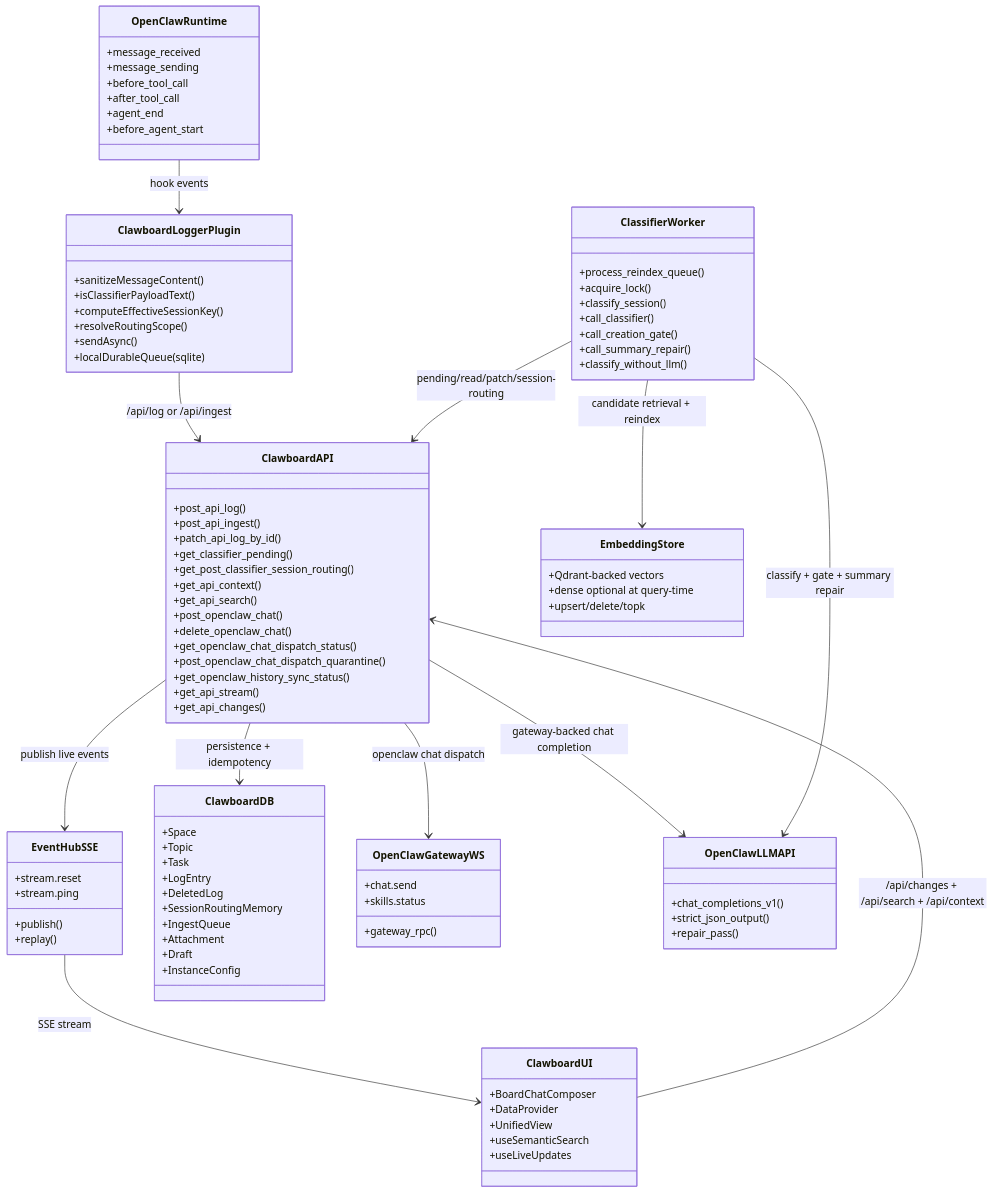
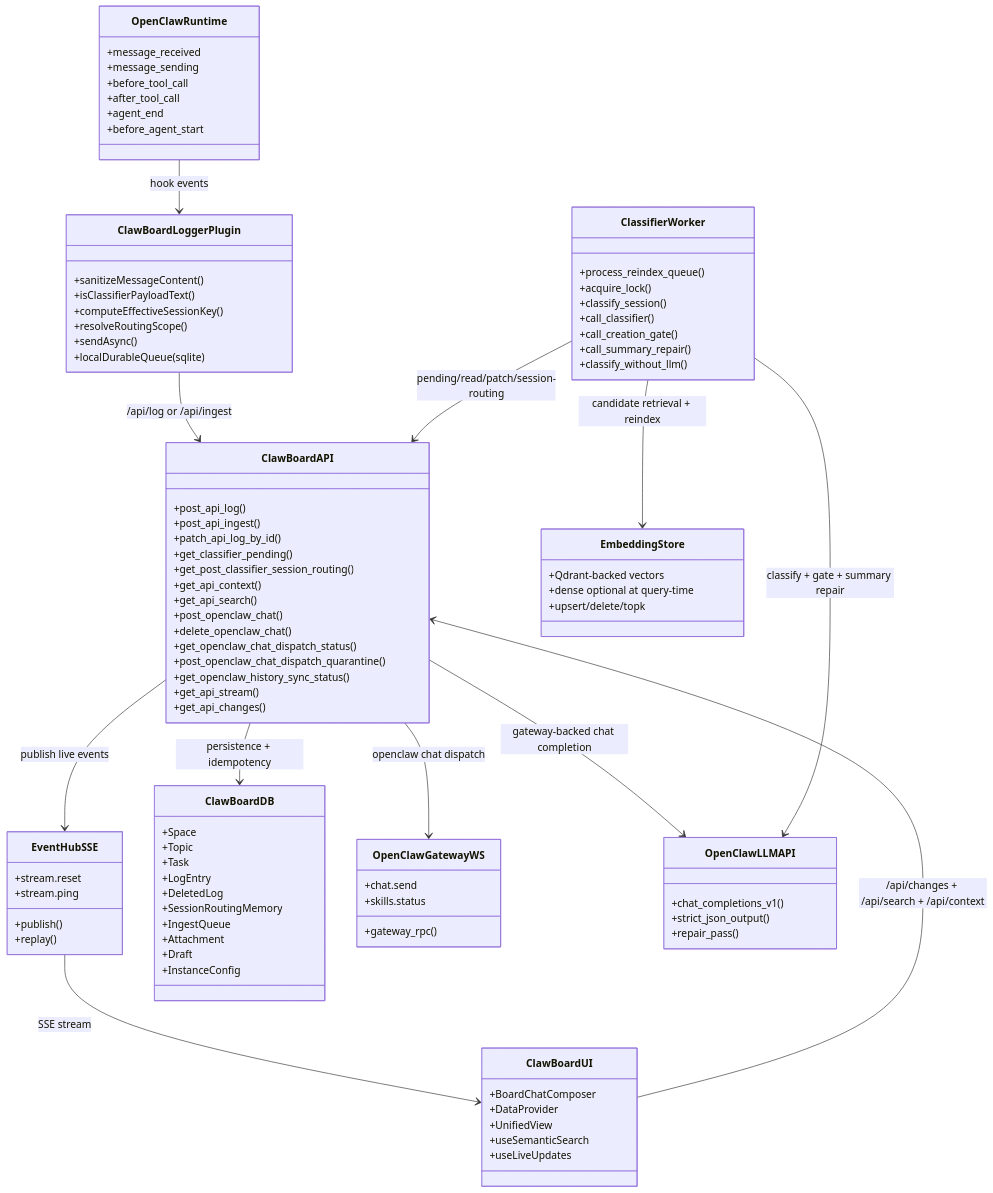
The first of 6 diagrams in OPENCLAW_CLAWBOARD_UML.md (sirouk/clawboard), drawn with Mermaid before and after one commit. The commit also changed other lines of this file and 121 other files, not shown here.

````diff
--- a/OPENCLAW_CLAWBOARD_UML.md
+++ b/OPENCLAW_CLAWBOARD_UML.md
@@ -15,7 +15,7 @@
       +before_agent_start
     }
 
-    class ClawboardLoggerPlugin {
+    class ClawBoardLoggerPlugin {
       +sanitizeMessageContent()
       +isClassifierPayloadText()
       +computeEffectiveSessionKey()
@@ -24,7 +24,7 @@
       +localDurableQueue(sqlite)
     }
 
-    class ClawboardAPI {
+    class ClawBoardAPI {
       +post_api_log()
       +post_api_ingest()
       +patch_api_log_by_id()
@@ -48,7 +48,7 @@
       +stream.ping
     }
 
-    class ClawboardDB {
+    class ClawBoardDB {
       +Space
       +Topic
       +Task
@@ -89,7 +89,7 @@
       +repair_pass()
     }
 
-    class ClawboardUI {
+    class ClawBoardUI {
       +BoardChatComposer
       +DataProvider
       +UnifiedView
@@ -97,15 +97,15 @@
       +useLiveUpdates
     }
 
-    OpenClawRuntime --> ClawboardLoggerPlugin : hook events
-    ClawboardLoggerPlugin --> ClawboardAPI : /api/log or /api/ingest
-    ClawboardAPI --> ClawboardDB : persistence + idempotency
-    ClawboardAPI --> EventHubSSE : publish live events
-    EventHubSSE --> ClawboardUI : SSE stream
-    ClawboardUI --> ClawboardAPI : /api/changes + /api/search + /api/context
-    ClassifierWorker --> ClawboardAPI : pending/read/patch/session-routing
+    OpenClawRuntime --> ClawBoardLoggerPlugin : hook events
+    ClawBoardLoggerPlugin --> ClawBoardAPI : /api/log or /api/ingest
+    ClawBoardAPI --> ClawBoardDB : persistence + idempotency
+    ClawBoardAPI --> EventHubSSE : publish live events
+    EventHubSSE --> ClawBoardUI : SSE stream
+    ClawBoardUI --> ClawBoardAPI : /api/changes + /api/search + /api/context
+    ClassifierWorker --> ClawBoardAPI : pending/read/patch/session-routing
     ClassifierWorker --> EmbeddingStore : candidate retrieval + reindex
-    ClawboardAPI --> OpenClawGatewayWS : openclaw chat dispatch
-    ClawboardAPI --> OpenClawLLMAPI : gateway-backed chat completion
+    ClawBoardAPI --> OpenClawGatewayWS : openclaw chat dispatch
+    ClawBoardAPI --> OpenClawLLMAPI : gateway-backed chat completion
     ClassifierWorker --> OpenClawLLMAPI : classify + gate + summary repair
 ```
````
